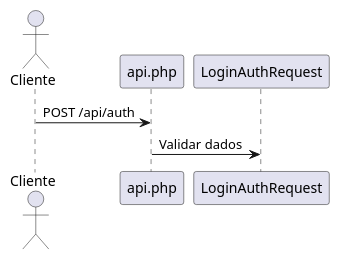
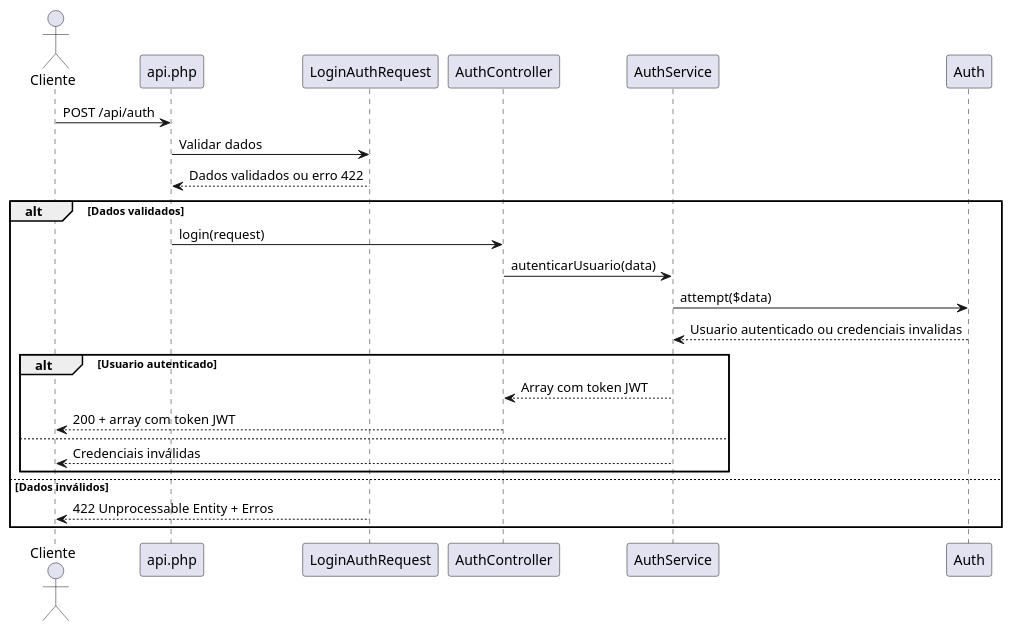
Before and after one commit to LucaseNogueira/laravel_dieta_treino_api: the diagram in docs/sprints/sprint-v0_1/feat-cadastro_usuario/diagrama_de_sequencia/login_usuario.plantuml, drawn with PlantUML. The commit also changed 6 other files, not shown here.

Commit message:
docs: Adicionado docs Login de Autenticação e Token JWT

```diff
--- a/docs/sprints/sprint-v0_1/feat-cadastro_usuario/diagrama_de_sequencia/login_usuario.plantuml
+++ b/docs/sprints/sprint-v0_1/feat-cadastro_usuario/diagrama_de_sequencia/login_usuario.plantuml
@@ -1,7 +1,23 @@
 @startuml Login do Usuario
 actor Cliente
 
 Cliente -> api.php : POST /api/auth
 api.php -> LoginAuthRequest : Validar dados
+LoginAuthRequest --> api.php : Dados validados ou erro 422
+
+alt Dados validados
+    api.php -> AuthController : login(request)
+    AuthController -> AuthService : autenticarUsuario(data)
+    AuthService -> Auth : attempt($data)
+    Auth --> AuthService : Usuario autenticado ou credenciais invalidas
+    alt Usuario autenticado
+        AuthService --> AuthController : Array com token JWT
+        AuthController --> Cliente : 200 + array com token JWT
+    else
+        AuthService --> Cliente : Credenciais inválidas
+    end
+else Dados inválidos
+    LoginAuthRequest --> Cliente : 422 Unprocessable Entity + Erros
+end
 
 @enduml
```
